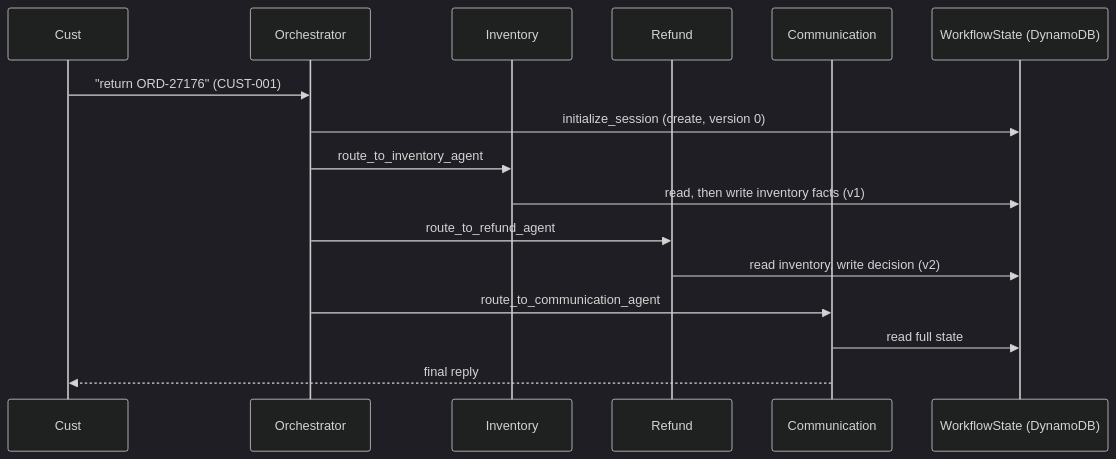
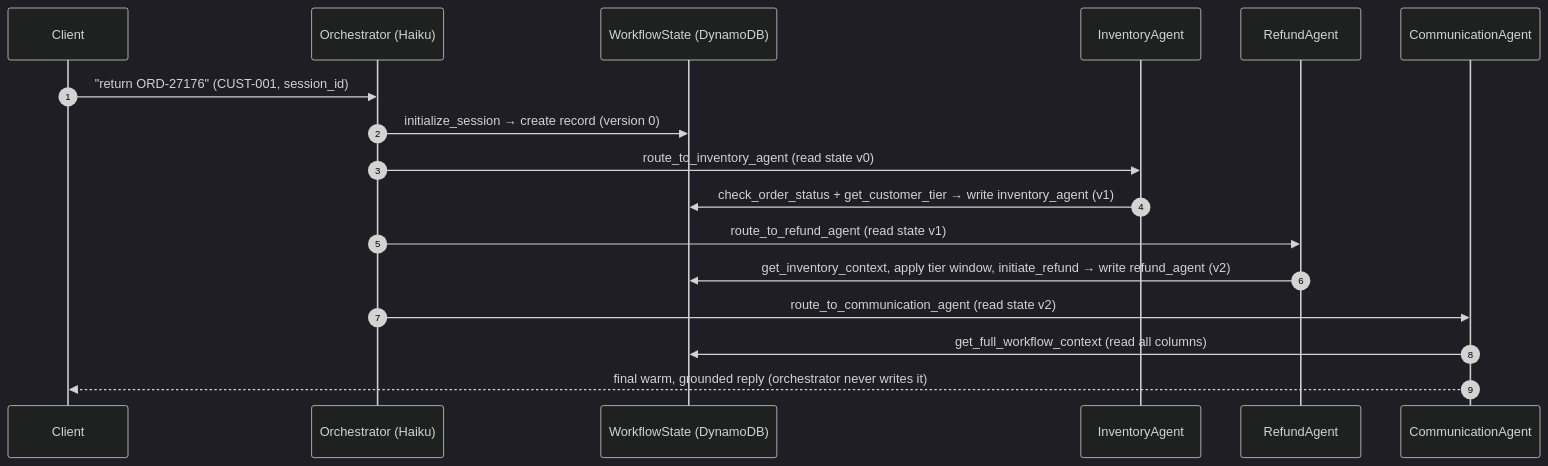
The second of 9 diagrams in starter/docs/ARCHITECTURE.md (guigasque/aws-multi-agent-customer-service-system), drawn with Mermaid (dark theme) before and after one commit. The commit also changed other lines of this file and 11 other files, not shown here.

Commit message:
docs: add project report, architecture documentation, and evidence screenshots

````diff
--- a/starter/docs/ARCHITECTURE.md
+++ b/starter/docs/ARCHITECTURE.md
@@ -44,18 +71,20 @@
 ```mermaid
 sequenceDiagram
-    participant Cust
-    participant Orch as Orchestrator
-    participant Inv as Inventory
-    participant Ref as Refund
-    participant Comm as Communication
+    autonumber
+    participant C as Client
+    participant O as Orchestrator (Haiku)
     participant WS as WorkflowState (DynamoDB)
-    Cust->>Orch: "return ORD-27176" (CUST-001)
-    Orch->>WS: initialize_session (create, version 0)
-    Orch->>Inv: route_to_inventory_agent
-    Inv->>WS: read, then write inventory facts (v1)
-    Orch->>Ref: route_to_refund_agent
-    Ref->>WS: read inventory, write decision (v2)
-    Orch->>Comm: route_to_communication_agent
-    Comm->>WS: read full state
-    Comm-->>Cust: final reply
+    participant I as InventoryAgent
+    participant R as RefundAgent
+    participant M as CommunicationAgent
+
+    C->>O: "return ORD-27176" (CUST-001, session_id)
+    O->>WS: initialize_session → create record (version 0)
+    O->>I: route_to_inventory_agent (read state v0)
+    I->>WS: check_order_status + get_customer_tier → write inventory_agent (v1)
+    O->>R: route_to_refund_agent (read state v1)
+    R->>WS: get_inventory_context, apply tier window, initiate_refund → write refund_agent (v2)
+    O->>M: route_to_communication_agent (read state v2)
+    M->>WS: get_full_workflow_context (read all columns)
+    M-->>C: final warm, grounded reply (orchestrator never writes it)
 ```
````
